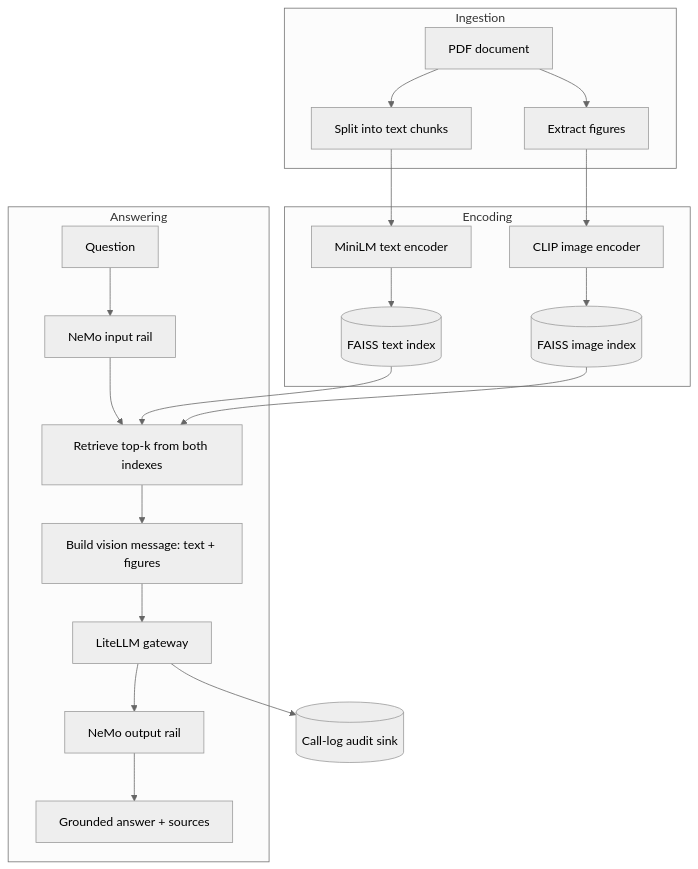
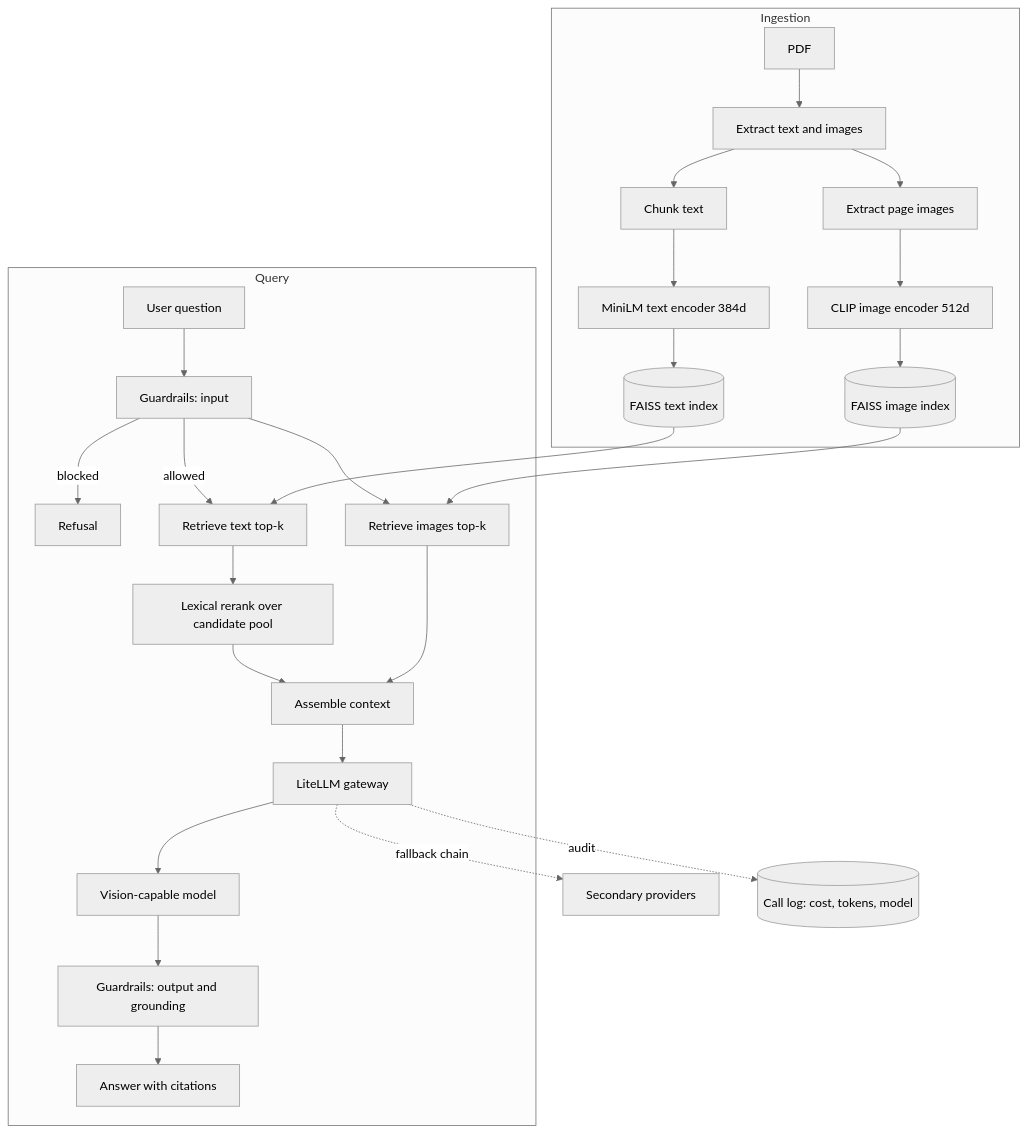
One commit to Amith-Ganta/multimodal-rag-guardrails changed the first of 5 diagrams in README.md. Above: the diagram before and after it, drawn with Mermaid (neutral theme). The commit also changed other lines of this file and 4 other files, not shown here.

````diff
--- a/README.md
+++ b/README.md
@@ -42,27 +102,31 @@
 ```mermaid
-flowchart TB
+flowchart TD
     subgraph Ingestion
-        PDF[PDF document] --> Split[Split into text chunks]
-        PDF --> Images[Extract figures]
+        PDF[PDF] --> EX[Extract text and images]
+        EX --> CH[Chunk text]
+        EX --> IM[Extract page images]
+        CH --> TE[MiniLM text encoder 384d]
+        IM --> IE[CLIP image encoder 512d]
+        TE --> TI[(FAISS text index)]
+        IE --> II[(FAISS image index)]
     end
 
-    subgraph Encoding
-        Split --> MiniLM[MiniLM text encoder]
-        Images --> CLIP[CLIP image encoder]
-        MiniLM --> TextIdx[(FAISS text index)]
-        CLIP --> ImageIdx[(FAISS image index)]
+    subgraph Query
+        Q[User question] --> GI[Guardrails: input]
+        GI -->|blocked| REF[Refusal]
+        GI -->|allowed| RT[Retrieve text top-k]
+        GI --> RI[Retrieve images top-k]
+        TI --> RT
+        II --> RI
+        RT --> RR[Lexical rerank over candidate pool]
+        RR --> CTX[Assemble context]
+        RI --> CTX
+        CTX --> GW[LiteLLM gateway]
+        GW --> LLM[Vision-capable model]
+        LLM --> GO[Guardrails: output and grounding]
+        GO --> ANS[Answer with citations]
     end
 
-    subgraph Answering
-        Q[Question] --> InRail[NeMo input rail]
-        InRail --> Retrieve[Retrieve top-k from both indexes]
-        TextIdx --> Retrieve
-        ImageIdx --> Retrieve
-        Retrieve --> Vision[Build vision message: text + figures]
-        Vision --> Gateway[LiteLLM gateway]
-        Gateway --> OutRail[NeMo output rail]
-        OutRail --> Answer[Grounded answer + sources]
-    end
-
-    Gateway --> AuditLog[(Call-log audit sink)]
+    GW -.fallback chain.-> FB[Secondary providers]
+    GW -.audit.-> AU[(Call log: cost, tokens, model)]
 ```
````
